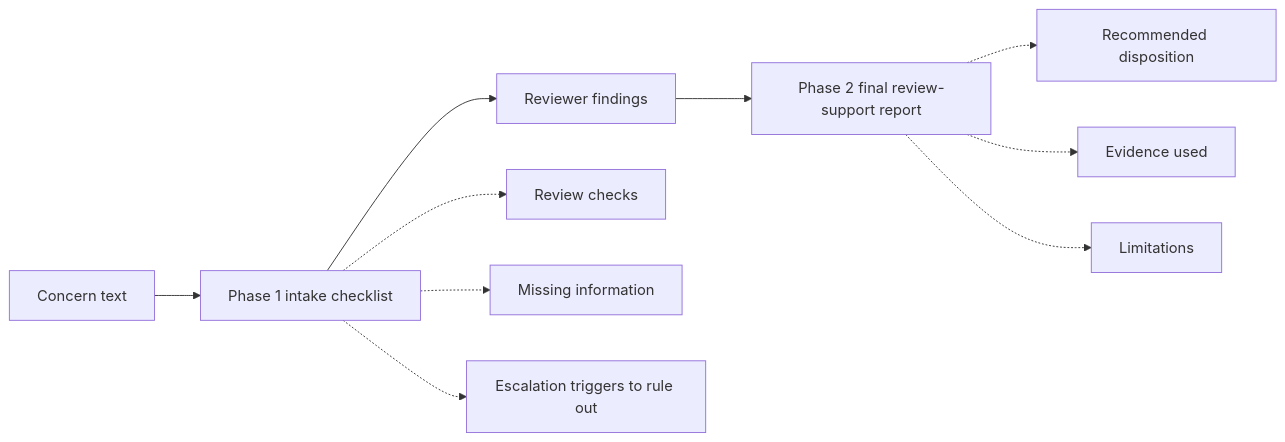
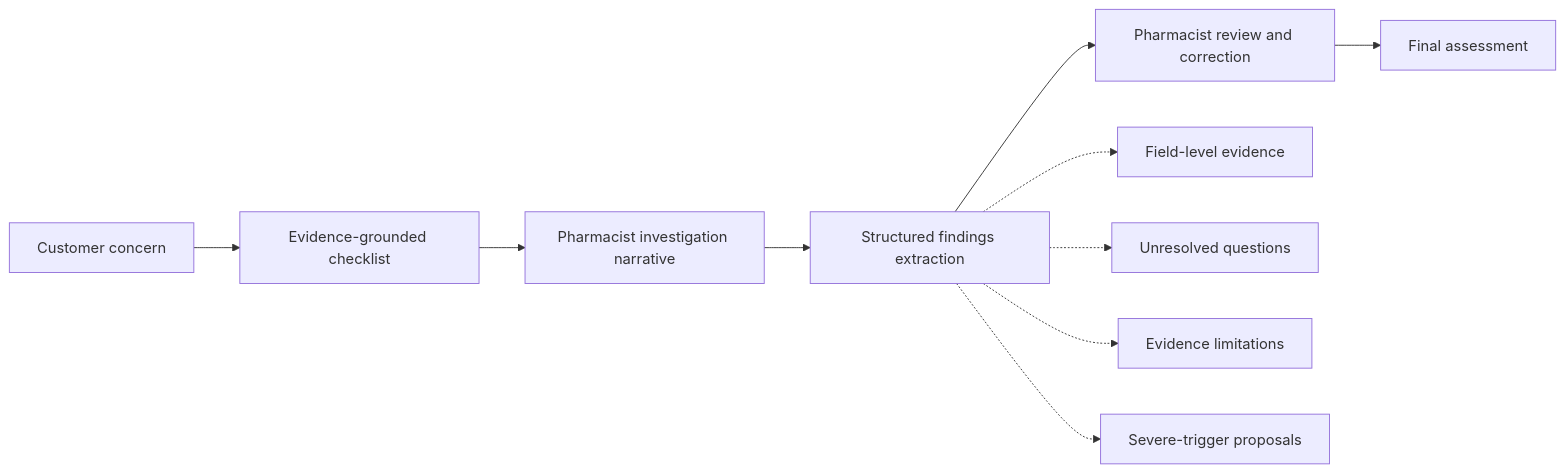
The first of 2 diagrams in README.md (markwuenschel-dev/Compounding-Quality-RAG), drawn with Mermaid before and after one commit. The commit also changed other lines of this file and 2 other files, not shown here.

Commit message:
docs: close out semantic intent retrieval evaluation

````diff
--- a/README.md
+++ b/README.md
@@ -74,14 +62,13 @@
 ```mermaid
 flowchart LR
-    A[Concern text] --> B[Phase 1 intake checklist]
-    B --> C[Reviewer findings]
-    C --> D[Phase 2 final review-support report]
+    A[Customer concern] --> B[Evidence-grounded checklist]
+    B --> C[Pharmacist investigation narrative]
+    C --> D[Structured findings extraction]
+    D --> E[Pharmacist review and correction]
+    E --> F[Final assessment]
 
-    B -.-> B1[Review checks]
-    B -.-> B2[Missing information]
-    B -.-> B3[Escalation triggers to rule out]
-
-    D -.-> D1[Recommended disposition]
-    D -.-> D2[Evidence used]
-    D -.-> D3[Limitations]
+    D -.-> D1[Field-level evidence]
+    D -.-> D2[Unresolved questions]
+    D -.-> D3[Evidence limitations]
+    D -.-> D4[Severe-trigger proposals]
 ```
````
